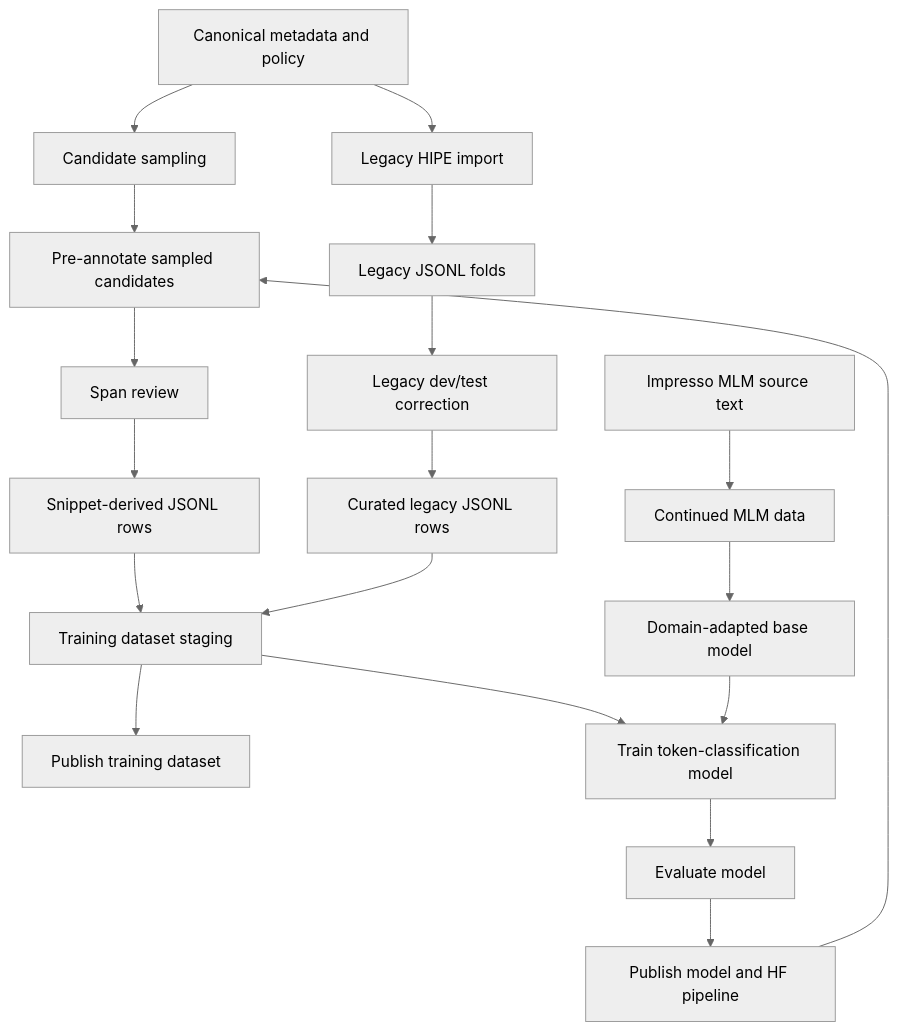
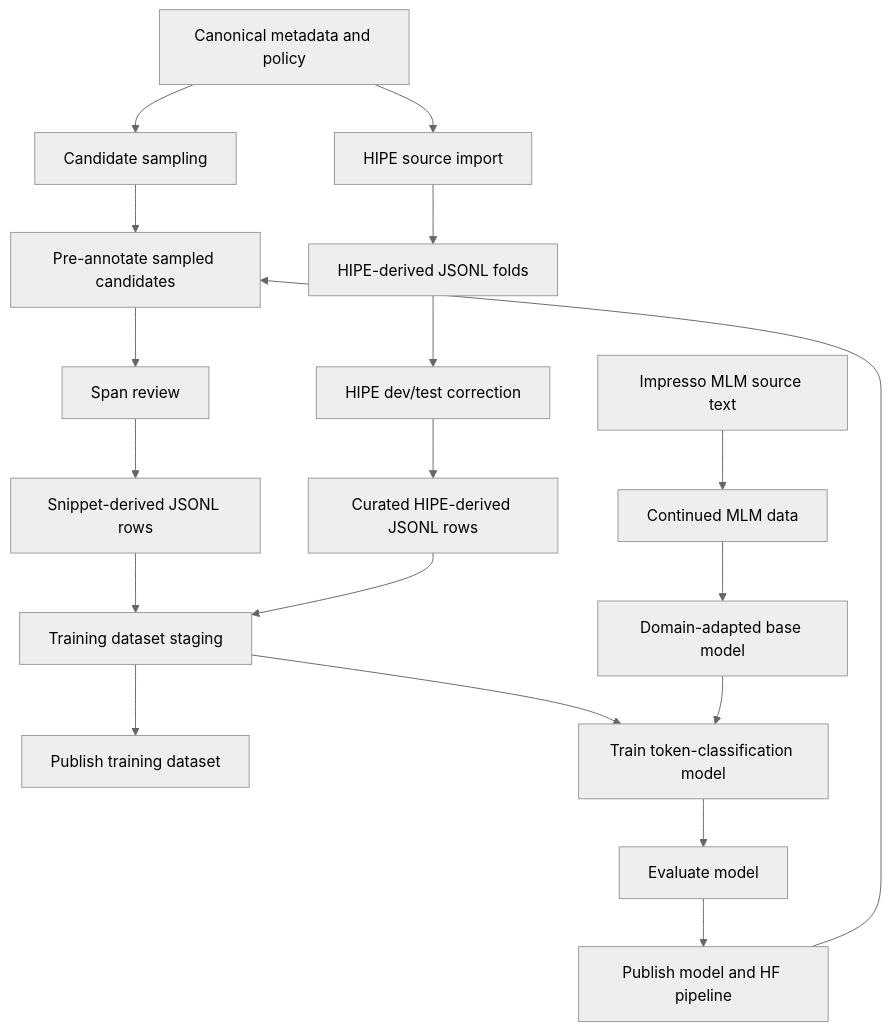
The first of 6 diagrams in docs/workflows.md (impresso/impresso-mediasources-ner-workbench), drawn with Mermaid (neutral theme) before and after one commit. The commit also changed other lines of this file and 5 other files, not shown here.

First line of the commit message:
Clarify HIPE-derived vs legacy terminology

````diff
--- a/docs/workflows.md
+++ b/docs/workflows.md
@@ -7,21 +9,21 @@
 ```mermaid
 flowchart TD
   A[Canonical metadata and policy] --> B[Candidate sampling]
-  A --> C[Legacy HIPE import]
+  A --> C[HIPE source import]
   B --> D[Pre-annotate sampled candidates]
-  C --> E[Legacy JSONL folds]
+  C --> E[HIPE-derived JSONL folds]
   D --> F[Span review]
-  E --> G[Legacy dev/test correction]
+  E --> G[HIPE dev/test correction]
   F --> H[Snippet-derived JSONL rows]
-  G --> I[Curated legacy JSONL rows]
+  G --> I[Curated HIPE-derived JSONL rows]
   H --> J[Training dataset staging]
   I --> J
   J --> K[Publish training dataset]
   J --> L[Train token-classification model]
   M[Impresso MLM source text] --> N[Continued MLM data]
   N --> O[Domain-adapted base model]
   O --> L
   L --> P[Evaluate model]
   P --> Q[Publish model and HF pipeline]
   Q --> D
 ```
````
